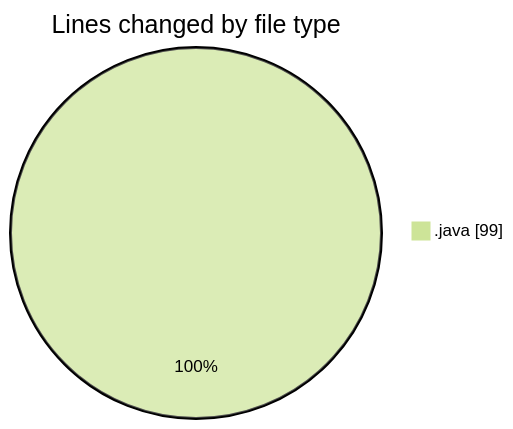
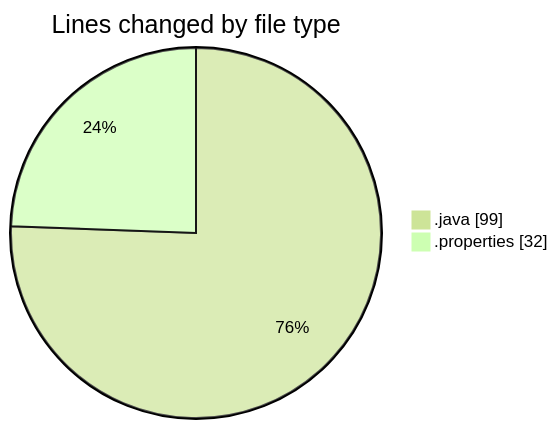
One commit to ricardozamudiocil/code-tracking changed the first of 2 diagrams in 2026-03-03/cilapp/README.md. Above: the diagram before and after it, drawn with Mermaid (forest theme). The commit also changed other lines of this file and 1 other file, not shown here.

````diff
--- a/2026-03-03/cilapp/README.md
+++ b/2026-03-03/cilapp/README.md
@@ -20,5 +21,6 @@
 ```mermaid
 pie showData
 title Lines changed by file type
 ".java" : 99
+".properties" : 32
 ```
````
